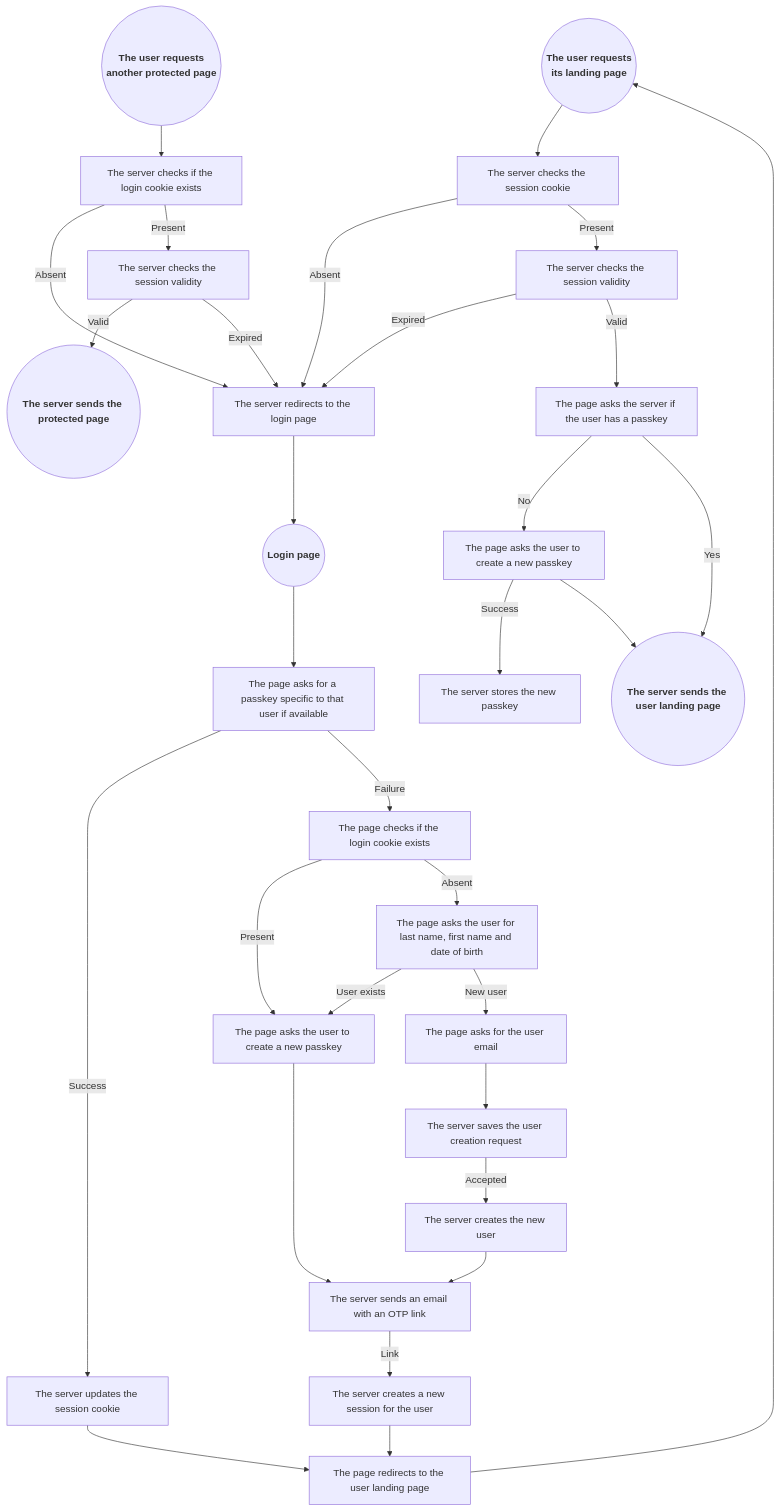
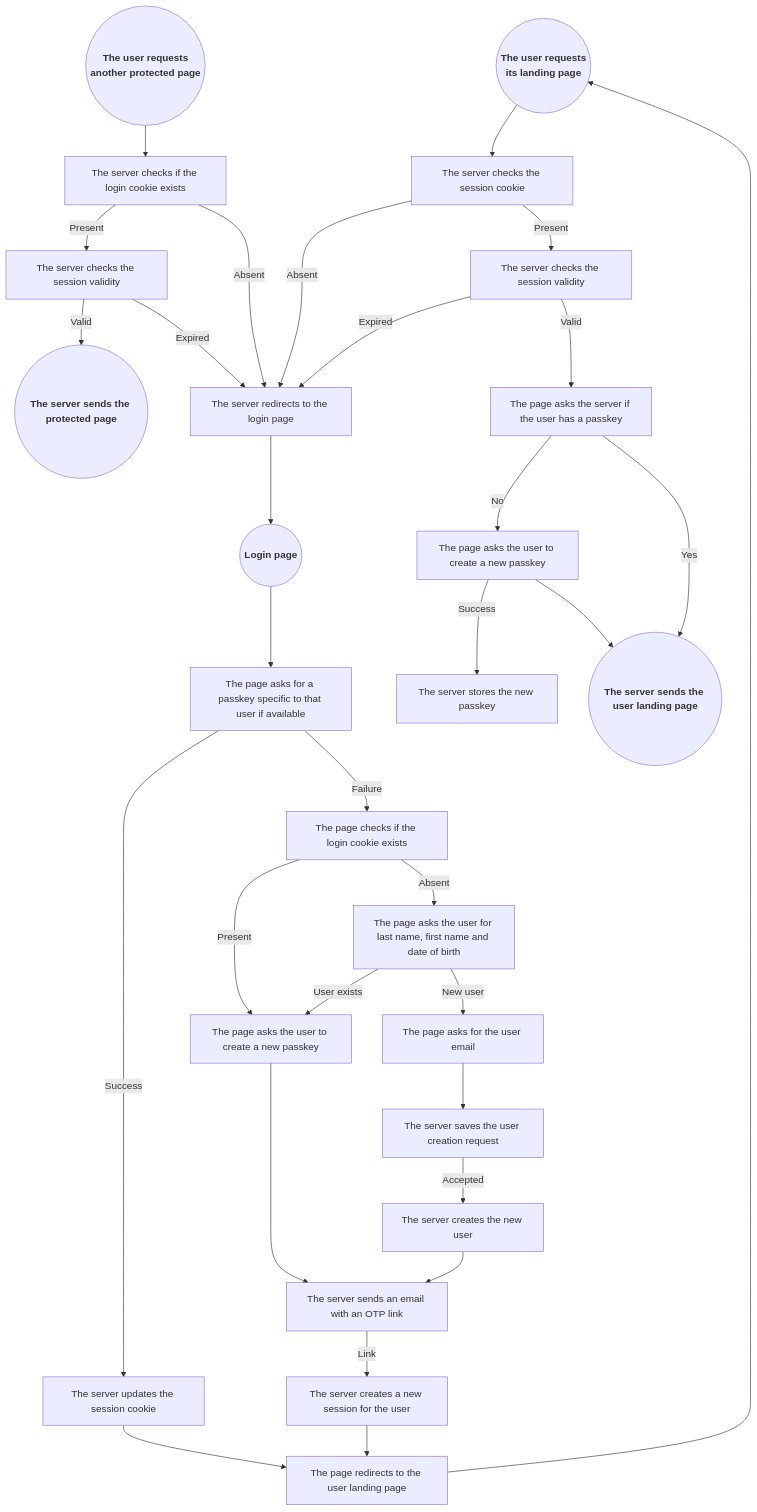
Before and after one commit to programingjd/tiered_server: the diagram in README.md, drawn with Mermaid. The commit also changed other lines of this file, not shown here.

````diff
--- a/README.md
+++ b/README.md
@@ -123,40 +123,40 @@
 ```mermaid
 graph TD;
   UserLandingPageRequest(("<b>The user requests<br>its landing page</b>"))
   ProtectedPageRequest(("<b>The user requests<br>another protected page</b>"))
   LoginPageRequest(("<b>Login page</b>"))
   
   ProtectedPageRequest-->QueryCookie1[The server checks if the login cookie exists]
+  QueryCookie1-->|Present|CheckSessionValidity1[The server checks the session validity]
   QueryCookie1-->|Absent|LoginPageRedirect[The server redirects to the login page]
-  QueryCookie1-->|Present|CheckSessionValidity1[The server checks the session validity]
   CheckSessionValidity1-->|Valid|ProtectedPageResponse(("<b>The server sends the protected page<b>"))
   CheckSessionValidity1-->|Expired|LoginPageRedirect
 
   UserLandingPageRequest-->QueryCookie2[The server checks the session cookie]
   QueryCookie2-->|Absent|LoginPageRedirect
   QueryCookie2-->|Present|CheckSessionValidity2[The server checks the session validity]
   CheckSessionValidity2-->|Expired|LoginPageRedirect
   CheckSessionValidity2-->|Valid|QueryExistingPasskey2[The page asks the server if the user has a passkey]
   QueryExistingPasskey2-->|No|NewPasskeyPrompt2[The page asks the user to create a new passkey]
   QueryExistingPasskey2-->|Yes|UserLandingPageResponse(("<b>The server sends the user landing page<b>"))
   NewPasskeyPrompt2-->|Success|NewPasskeyStore2[The server stores the new passkey]
   NewPasskeyPrompt2-->UserLandingPageResponse
 
   LoginPageRequest-->QueryPasskey[The page asks for a passkey specific to that user if available]
   QueryPasskey-->|Success|SessionCookieUpdate[The server updates the session cookie]
   SessionCookieUpdate-->UserLandingPageRedirect[The page redirects to the user landing page]
   QueryPasskey-->|Failure|QueryCookie3[The page checks if the login cookie exists]
   QueryCookie3-->|Present|NewPasskeyPrompt3[The page asks the user to create a new passkey]
   QueryCookie3-->|Absent|UserForm[The page asks the user for last name, first name and date of birth]
   UserForm-->|User exists|NewPasskeyPrompt3
   NewPasskeyPrompt3-->EmailOTP[The server sends an email with an OTP link]
   EmailOTP-->|Link|NewSession[The server creates a new session for the user]
   NewSession-->UserLandingPageRedirect
   UserForm-->|New user|NewUser[The page asks for the user email]
   NewUser-->UserModeration[The server saves the user creation request]
   UserModeration-->|Accepted|UserCreation[The server creates the new user]
   UserCreation-->EmailOTP
   
   UserLandingPageRedirect-->UserLandingPageRequest
   LoginPageRedirect-->LoginPageRequest
 ```
````
